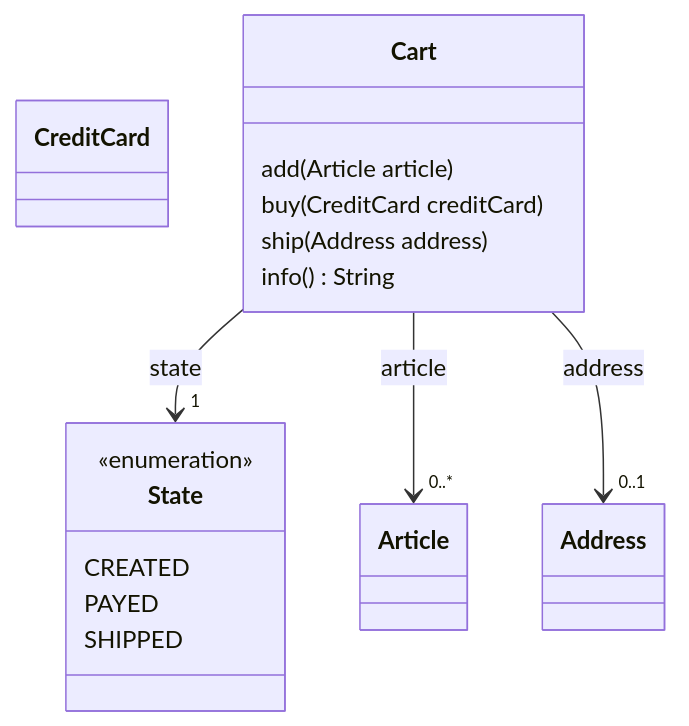
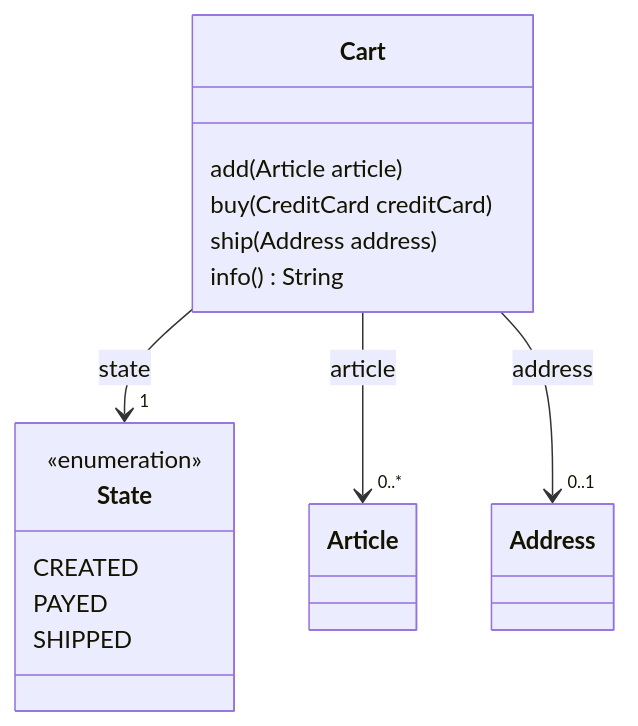
One commit to forax/design-pattern-reloaded changed the second of 2 diagrams in src/main/java/state/README.md. Above: the diagram before and after it, drawn with Mermaid.

````diff
--- a/src/main/java/state/README.md
+++ b/src/main/java/state/README.md
@@ -56,24 +56,18 @@
 ```mermaid
 classDiagram
-class Article {
-}
-class CreditCard {
-}
-class Address {
-}
 class State {
  <<enumeration>>
  CREATED
  PAYED
  SHIPPED
 }
 class Cart {
   add(Article article)
   buy(CreditCard creditCard)
   ship(Address address)
   info() String
 }
 Cart --> "1" State : state
 Cart --> "0..*" Article : article
 Cart --> "0..1" Address : address
 ```
````
